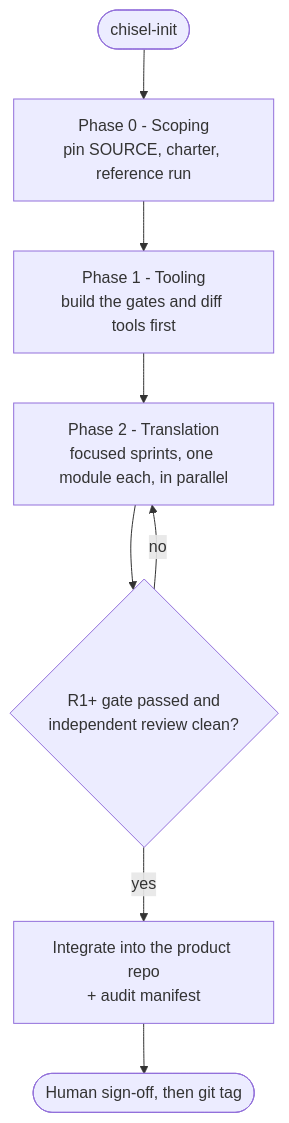
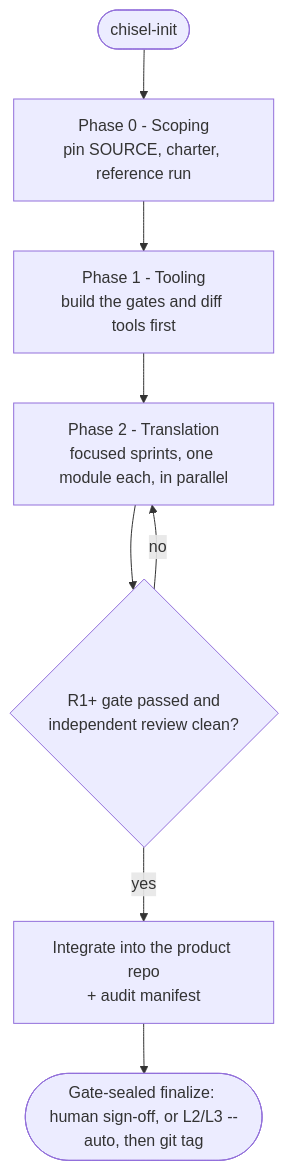
Before and after one commit to ecmwf/chisel: the diagram in README.md, drawn with Mermaid. The commit also changed other lines of this file and 17 other files, not shown here.

First line of the commit message:
Continuous multi-sprint/whole-phase auto + milestone auto-finalize (gates are the acceptance authority) (#94)

````diff
--- a/README.md
+++ b/README.md
@@ -52,10 +52,10 @@
 ```mermaid
 flowchart TD
   A([chisel-init]) --> B[Phase 0 - Scoping<br/>pin SOURCE, charter, reference run]
   B --> C[Phase 1 - Tooling<br/>build the gates and diff tools first]
   C --> D[Phase 2 - Translation<br/>focused sprints, one module each, in parallel]
   D --> E{R1+ gate passed and<br/>independent review clean?}
   E -- no --> D
   E -- yes --> F[Integrate into the product repo<br/>+ audit manifest]
-  F --> G([Human sign-off, then git tag])
+  F --> G([Gate-sealed finalize: human sign-off, or L2/L3 --auto, then git tag])
 ```
````
